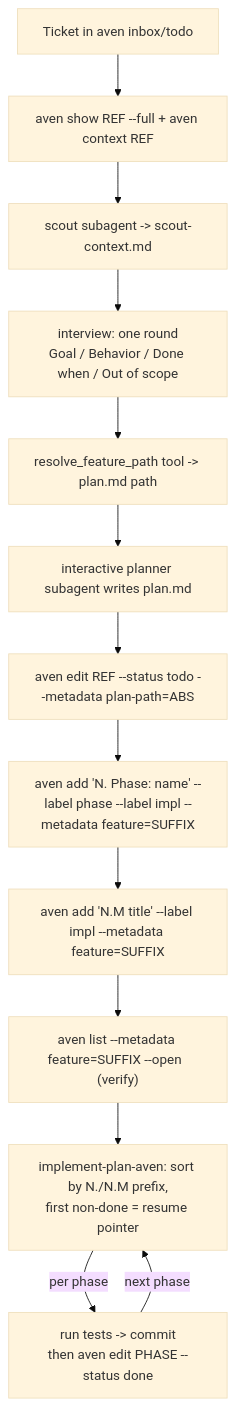
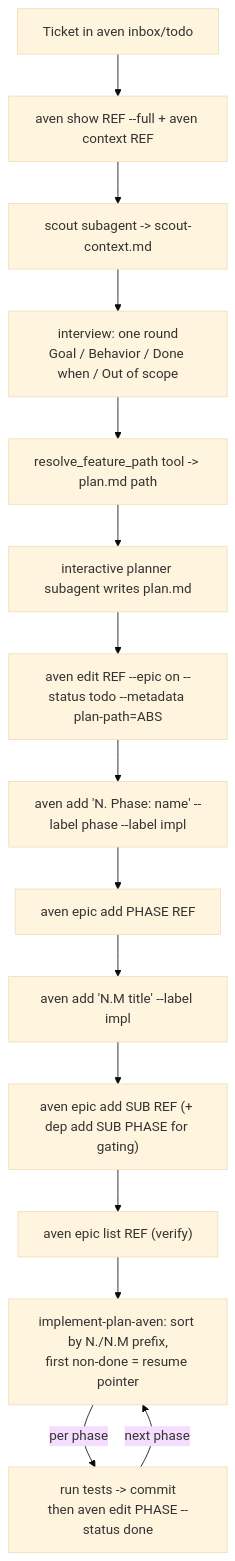
Before and after one commit to gtheys/pi-my-rifle-ext: the diagram in skills/engineering/feature-plan-aven/SKILL.md, drawn with Mermaid (base theme). The commit also changed other lines of this file and 1 other file, not shown here.

First line of the commit message:
refactor(feature-plan-aven,implement-plan-aven): group trees by epic membership

````diff
--- a/skills/engineering/feature-plan-aven/SKILL.md
+++ b/skills/engineering/feature-plan-aven/SKILL.md
@@ -21,15 +22,17 @@
 ```mermaid
 flowchart TD
   A[Ticket in aven inbox/todo] --> B["aven show REF --full + aven context REF"]
   B --> C[scout subagent -> scout-context.md]
   C --> D[interview: one round<br/>Goal / Behavior / Done when / Out of scope]
   D --> E["resolve_feature_path tool -> plan.md path"]
   E --> F[interactive planner subagent writes plan.md]
-  F --> G["aven edit REF --status todo --metadata plan-path=ABS"]
-  G --> H["aven add 'N. Phase: name' --label phase --label impl --metadata feature=SUFFIX"]
-  H --> I["aven add 'N.M title' --label impl --metadata feature=SUFFIX"]
-  I --> J["aven list --metadata feature=SUFFIX --open  (verify)"]
+  F --> G["aven edit REF --epic on --status todo --metadata plan-path=ABS"]
+  G --> H["aven add 'N. Phase: name' --label phase --label impl"]
+  H --> H2["aven epic add PHASE REF"]
+  H2 --> I["aven add 'N.M title' --label impl"]
+  I --> I2["aven epic add SUB REF (+ dep add SUB PHASE for gating)"]
+  I2 --> J["aven epic list REF  (verify)"]
   J --> K["implement-plan-aven: sort by N./N.M prefix,<br/>first non-done = resume pointer"]
   K -->|per phase| L["run tests -> commit<br/>then aven edit PHASE --status done"]
   L -->|next phase| K
 ```
````
